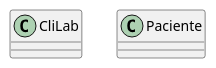
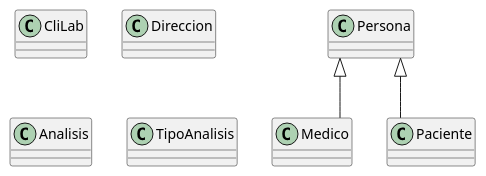
Before and after one commit to Z0SO/UML-Practice: the diagram in 1-Repaso recuperatorio/Repaso Recuperatorio.md, drawn with PlantUML. The commit also changed other lines of this file, not shown here.

Commit message:
bkp -> 2024-08-11 00:52:04

````diff
--- a/1-Repaso recuperatorio/Repaso Recuperatorio.md
+++ b/1-Repaso recuperatorio/Repaso Recuperatorio.md
@@ -9,21 +9,58 @@
 ```plantuml
 
 @startuml
 
-class CliLab {
+skinparam linetype ortho
+
+' paciente y medico son clases hijas de persona
+
+Persona <|-- Medico
+Persona <|-- Paciente
+
+
+
+
+
+
+
+class sistema as "CliLab" {
 
 
 }
 
 
 
-class Paciente {
+class Persona {
 
 
+
+}
+
+
+
+class Medico {
+
+
+}
+
+
+class Paciente {
+    
+
+} 
+
+class Direccion {
 
 } 
 
 
+class Analisis {}
+
+
+class TipoAnalisis {} 
+
+
+
+
 @enduml
-
 ```
````
